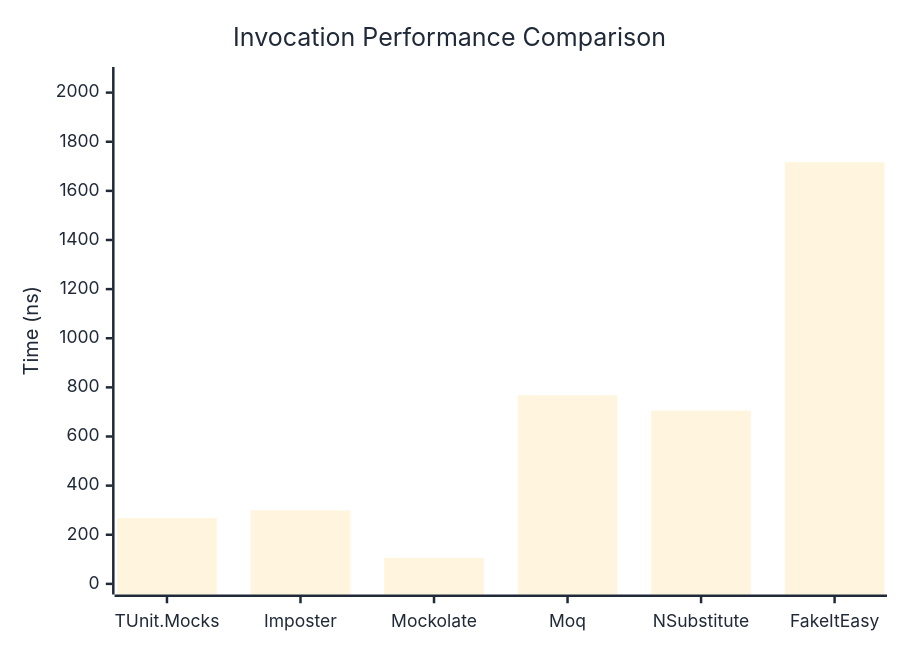
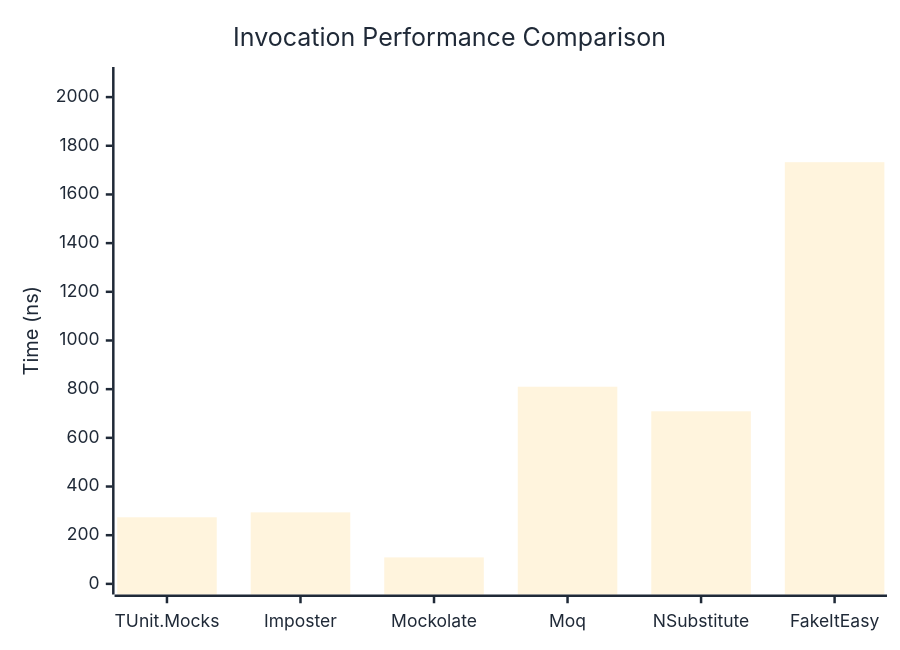
Before and after one commit to thomhurst/TUnit: the first of 3 diagrams in docs/docs/benchmarks/mocks/Invocation.md, drawn with Mermaid. The commit also changed other lines of this file and 14 other files, not shown here.

````diff
--- a/docs/docs/benchmarks/mocks/Invocation.md
+++ b/docs/docs/benchmarks/mocks/Invocation.md
@@ -30,27 +30,27 @@
 ```mermaid
 %%{init: {
   'theme':'base',
   'themeVariables': {
     'primaryColor': '#2563eb',
     'primaryTextColor': '#1f2937',
     'primaryBorderColor': '#1e40af',
     'lineColor': '#6b7280',
     'secondaryColor': '#7c3aed',
     'tertiaryColor': '#dc2626',
     'background': '#ffffff',
     'pie1': '#2563eb',
     'pie2': '#7c3aed',
     'pie3': '#dc2626',
     'pie4': '#f59e0b',
     'pie5': '#10b981',
     'pie6': '#06b6d4',
     'pie7': '#ec4899',
     'pie8': '#6366f1'
   }
 }}%%
 xychart-beta
   title "Invocation Performance Comparison"
   x-axis ["TUnit.Mocks", "Imposter", "Mockolate", "Moq", "NSubstitute", "FakeItEasy"]
-  y-axis "Time (ns)" 0 --> 2061
-  bar [267.75, 299.18, 106.21, 767.87, 704.85, 1716.72]
+  y-axis "Time (ns)" 0 --> 2080
+  bar [273.67, 293.85, 108.82, 809.95, 709.05, 1732.57]
 ```
````
